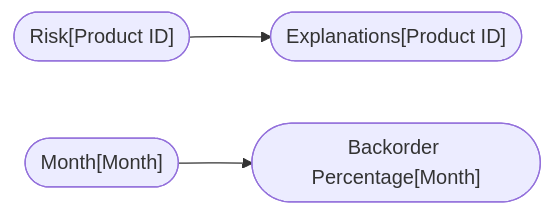
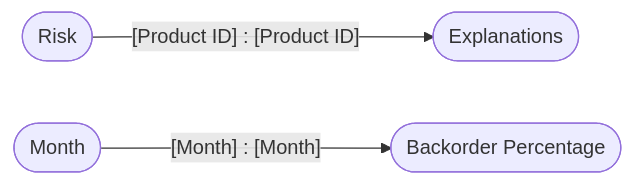
The diagram in tests/output/Supply Chain Sample.pbix.md (ZdenekMerka/pbix_doc), drawn with Mermaid before and after one commit. The commit also changed other lines of this file and 8 other files, not shown here.

Commit message:
change graph edges descriptions #14

````diff
--- a/tests/output/Supply Chain Sample.pbix.md
+++ b/tests/output/Supply Chain Sample.pbix.md
@@ -29,6 +29,6 @@
 ```mermaid
 graph LR;
 
-id932(["Risk[Product ID]"]) --> id992(["Explanations[Product ID]"])
-id8304(["Month[Month]"]) --> id13029(["Backorder Percentage[Month]"])
+id932(["Risk"]) --[Product ID] : [Product ID]--> id992(["Explanations"])
+id8304(["Month"]) --[Month] : [Month]--> id13029(["Backorder Percentage"])
 ```
````
